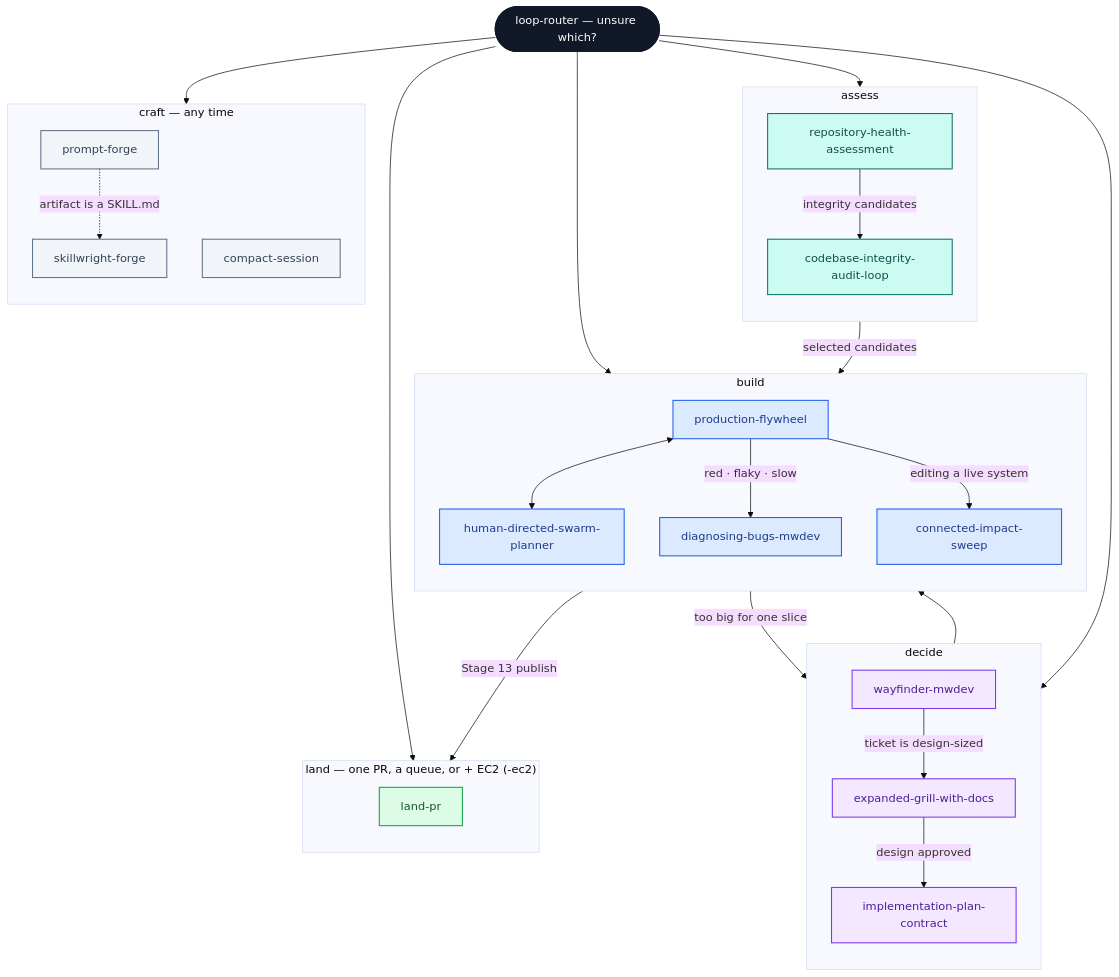
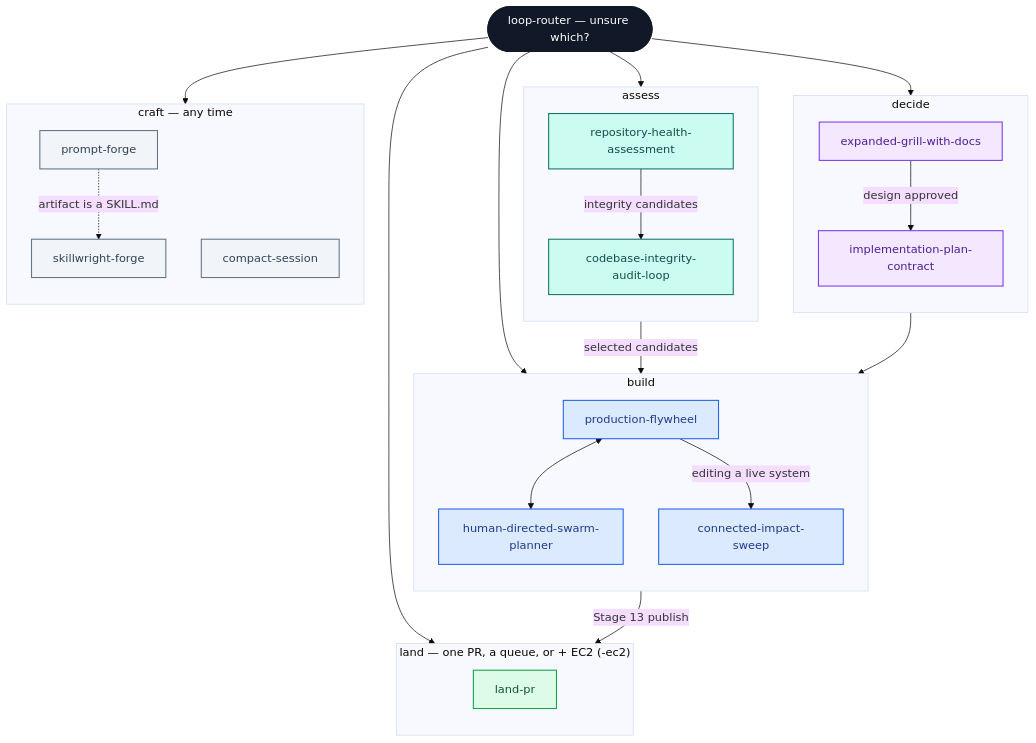
The diagram in README.md (markwuenschel-dev/markdev-skills), drawn with Mermaid (base theme) before and after one commit. The commit also changed other lines of this file and 11 other files, not shown here.

````diff
--- a/README.md
+++ b/README.md
@@ -49,68 +49,63 @@
 ```mermaid
 flowchart TD
     R(["loop-router — unsure which?"])
     R --> DECIDE
     R --> ASSESS
     R --> BUILD
     R --> LAND
     R --> CRAFT
 
     subgraph DECIDE["decide"]
         direction TB
-        WF["wayfinder-mwdev"]
         EG["expanded-grill-with-docs"]
         IPC["implementation-plan-contract"]
-        WF -->|"ticket is design-sized"| EG
         EG -->|"design approved"| IPC
     end
 
     subgraph ASSESS["assess"]
         direction TB
         RHA["repository-health-assessment"]
         CIAL["codebase-integrity-audit-loop"]
         RHA -->|"integrity candidates"| CIAL
     end
 
     subgraph BUILD["build"]
         direction TB
         PF["production-flywheel"]
         HDSP["human-directed-swarm-planner"]
-        DBM["diagnosing-bugs-mwdev"]
         CIS["connected-impact-sweep"]
         PF <--> HDSP
-        PF -->|"red · flaky · slow"| DBM
         PF -->|"editing a live system"| CIS
     end
 
     subgraph LAND["land — one PR, a queue, or + EC2 (-ec2)"]
         direction TB
         LP["land-pr"]
     end
 
     subgraph CRAFT["craft — any time"]
         direction TB
         PFG["prompt-forge"]
         SWF["skillwright-forge"]
         CS["compact-session"]
         PFG -.->|"artifact is a SKILL.md"| SWF
     end
 
     IPC --> PF
     CIAL -->|"selected candidates"| PF
-    PF -->|"too big for one slice"| WF
     PF -->|"Stage 13 publish"| LP
 
     classDef router fill:#111827,stroke:#111827,color:#ffffff,stroke-width:2px
     classDef decide fill:#f3e8ff,stroke:#7c3aed,color:#4c1d95,stroke-width:1.5px
     classDef assess fill:#ccfbf1,stroke:#0f766e,color:#134e4a,stroke-width:1.5px
     classDef build fill:#dbeafe,stroke:#2563eb,color:#1e3a8a,stroke-width:1.5px
     classDef land fill:#dcfce7,stroke:#16a34a,color:#14532d,stroke-width:1.5px
     classDef craft fill:#f1f5f9,stroke:#64748b,color:#334155,stroke-width:1.5px
 
     class R router
-    class WF,EG,IPC decide
+    class EG,IPC decide
     class RHA,CIAL assess
-    class PF,HDSP,DBM,CIS build
+    class PF,HDSP,CIS build
     class LP land
     class PFG,SWF,CS craft
 ```
````
